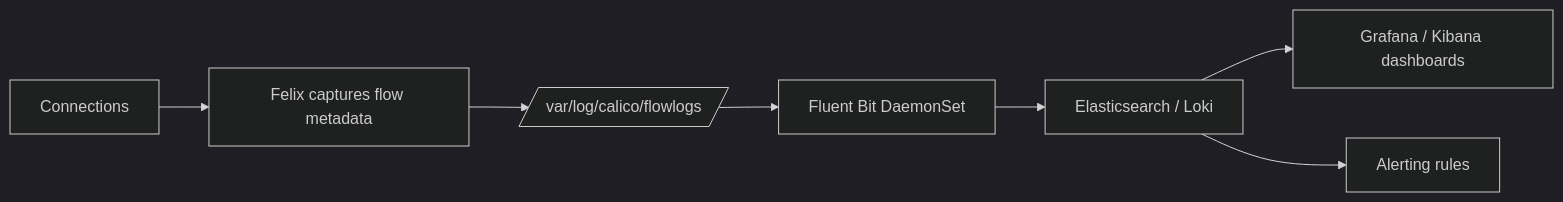
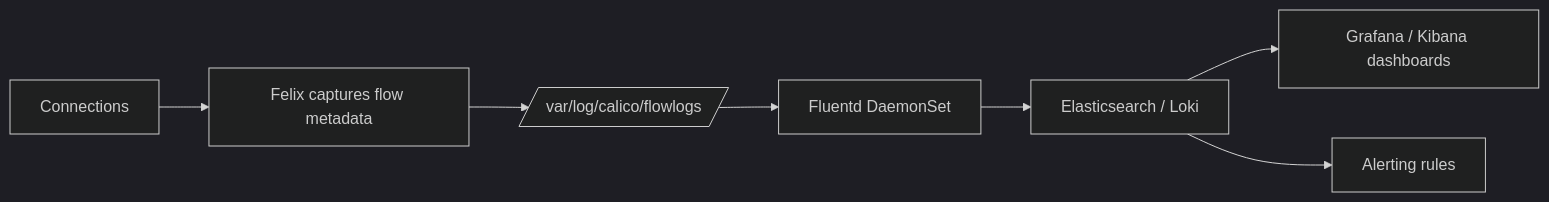
The diagram in posts/2026-03-13-alert-calico-flow-logs/README.md (OneUptime/blog), drawn with Mermaid (dark theme) before and after one commit. The commit also changed other lines of this file and 879 other files, not shown here.

````diff
--- a/posts/2026-03-13-alert-calico-flow-logs/README.md
+++ b/posts/2026-03-13-alert-calico-flow-logs/README.md
@@ -48,9 +55,9 @@
 ```mermaid
 flowchart LR
     A[Connections] --> B[Felix captures flow metadata]
     B --> C[/var/log/calico/flowlogs/]
-    C --> D[Fluent Bit DaemonSet]
+    C --> D[Fluentd DaemonSet]
     D --> E[Elasticsearch / Loki]
     E --> F[Grafana / Kibana dashboards]
     E --> G[Alerting rules]
 ```
````
